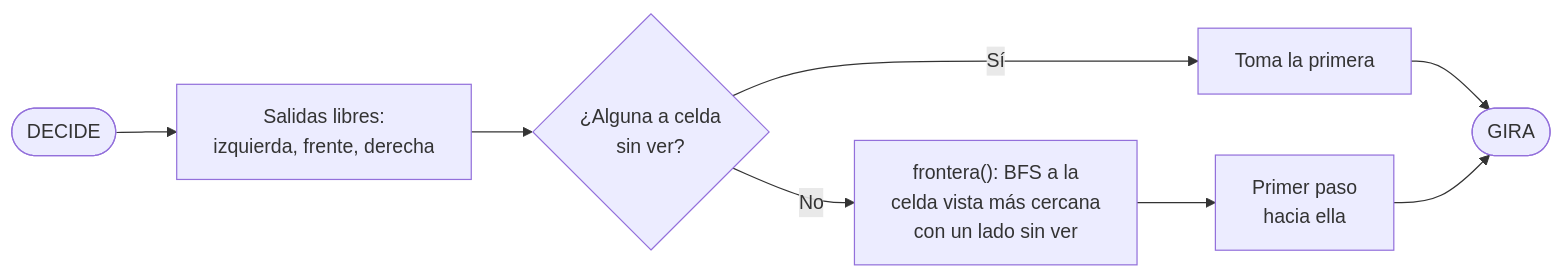
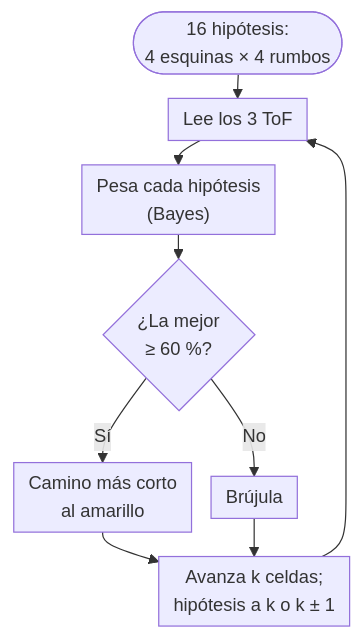
Before and after one commit to Happenedspice17/sumo-v-ia: the third of 3 diagrams in docs/manual_jueces.md, drawn with Mermaid. The commit also changed other lines of this file and 9 other files, not shown here.

````diff
--- a/docs/manual_jueces.md
+++ b/docs/manual_jueces.md
@@ -233,10 +197,12 @@
 ```mermaid
-flowchart LR
-  A([DECIDE]) --> C["Salidas libres:<br/>izquierda, frente, derecha"]
-  C --> D{"¿Alguna a celda<br/>sin ver?"}
-  D -- Sí --> E["Toma la primera"]
-  D -- No --> F["frontera(): BFS a la<br/>celda vista más cercana<br/>con un lado sin ver"]
-  F --> H["Primer paso<br/>hacia ella"]
-  E --> J([GIRA])
-  H --> J
+%%{init: {'flowchart': {'nodeSpacing': 16, 'rankSpacing': 20, 'padding': 6}, 'themeVariables': {'fontSize': '15px'}}}%%
+flowchart TB
+  A(["16 hipótesis:<br/>4 esquinas × 4 rumbos"]) --> B["Lee los 3 ToF"]
+  B --> C["Pesa cada hipótesis<br/>(Bayes)"]
+  C --> D{"¿La mejor<br/>≥ 60 %?"}
+  D -- Sí --> E["Camino más corto<br/>al amarillo"]
+  D -- No --> F["Brújula"]
+  E --> G["Avanza k celdas;<br/>hipótesis a k o k ± 1"]
+  F --> G
+  G --> B
 ```
````
